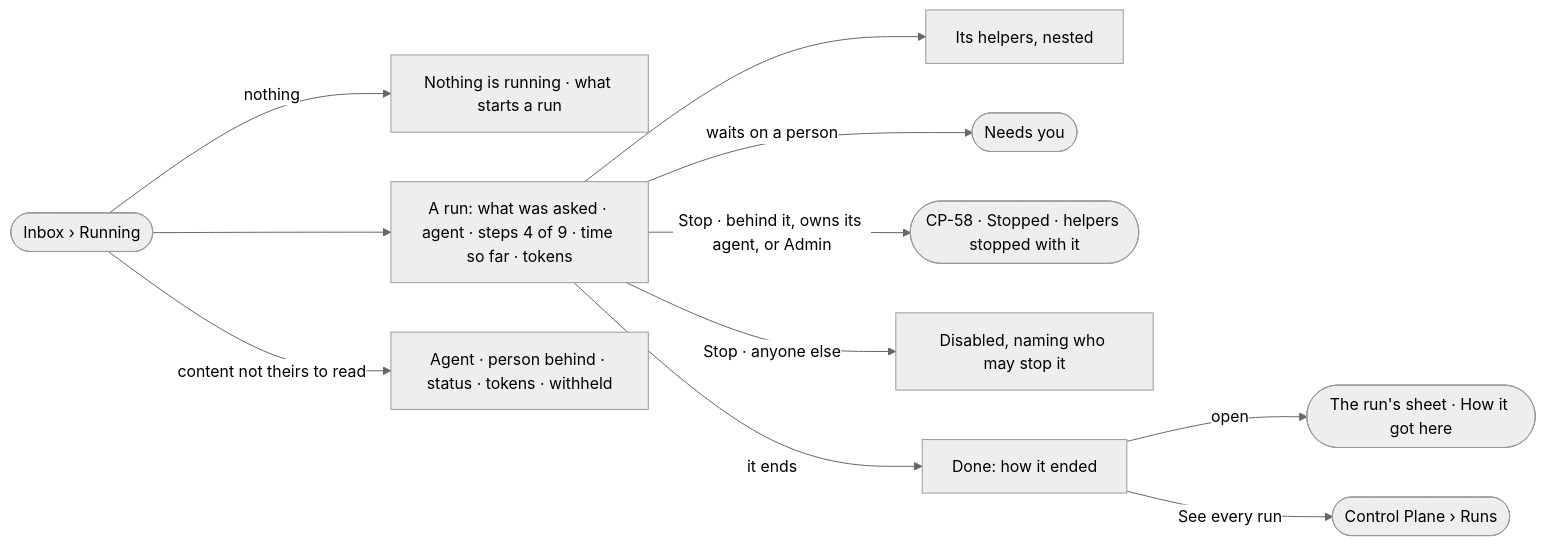
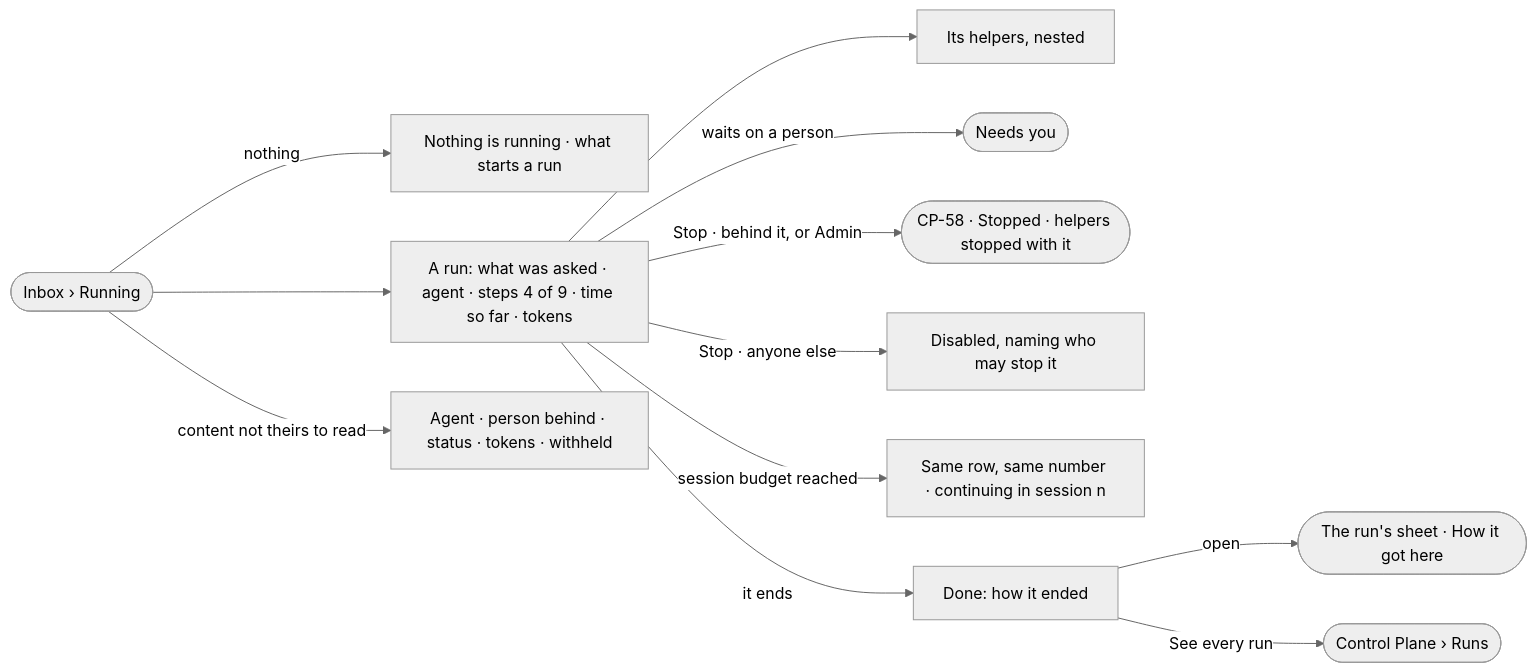
Before and after one commit to invana/invana: the diagram in specs/os/control/features/CP-F10-runs-and-how-the-agents-are-doing/stories/CP-57-see-what-is-running-and-what-just-ran/story.md, drawn with Mermaid (neutral theme). The commit also changed other lines of this file and 300 other files, not shown here.

````diff
--- a/specs/os/control/features/CP-F10-runs-and-how-the-agents-are-doing/stories/CP-57-see-what-is-running-and-what-just-ran/story.md
+++ b/specs/os/control/features/CP-F10-runs-and-how-the-agents-are-doing/stories/CP-57-see-what-is-running-and-what-just-ran/story.md
@@ -27,13 +27,14 @@
 ```mermaid
 flowchart LR
   s([Inbox › Running]) -->|nothing| e["Nothing is running · what starts a run"]
   s --> r["A run: what was asked · agent · steps 4 of 9 · time so far · tokens"]
   s -->|content not theirs to read| wh["Agent · person behind · status · tokens · withheld"]
   r --> h["Its helpers, nested"]
   r -->|waits on a person| n(["Needs you"])
-  r -->|Stop · behind it, owns its agent, or Admin| x(["CP-58 · Stopped · helpers stopped with it"])
+  r -->|Stop · behind it, or Admin| x(["CP-58 · Stopped · helpers stopped with it"])
   r -->|Stop · anyone else| d["Disabled, naming who may stop it"]
+  r -->|session budget reached| ct["Same row, same number · continuing in session n"]
   r -->|it ends| done["Done: how it ended"]
   done -->|open| sh(["The run's sheet · How it got here"])
   done -->|See every run| all(["Control Plane › Runs"])
 ```
````
